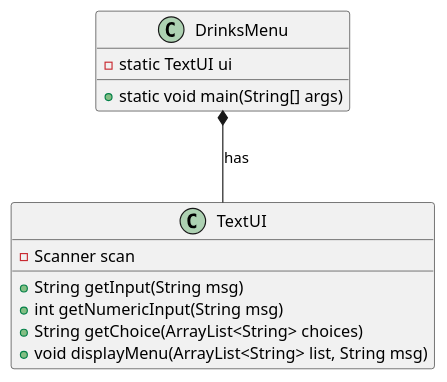
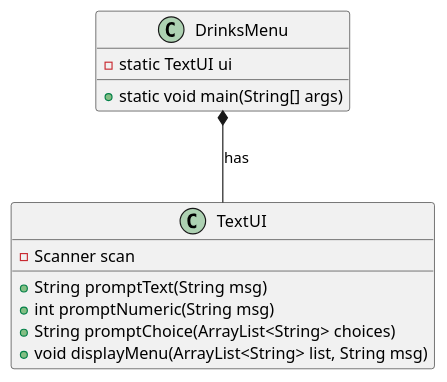
Before and after one commit to Eligoon/DrinksMenu: the diagram in doc/TextUIclassdiagram.puml, drawn with PlantUML. The commit also changed 3 other files, not shown here.

```diff
--- a/doc/TextUIclassdiagram.puml
+++ b/doc/TextUIclassdiagram.puml
@@ -1,20 +1,20 @@
 @startuml
 
 class TextUI {
 - Scanner scan
 ' shows a message and returns the user's input as a String
-+ String getInput(String msg)
++ String promptText(String msg)
 ' shows a message and returns the user's input as an integer
-+ int getNumericInput(String msg)
++ int promptNumeric(String msg)
 ' shows a message, lists the content of a list and returns the user's choice
-+ String getChoice(ArrayList<String> choices)
++ String promptChoice(ArrayList<String> choices)
 ' shows a message and lists the content of a list
 + void displayMenu(ArrayList<String> list, String msg)
 }
 
 class DrinksMenu {
 - static TextUI ui
 + static void main(String[] args)
 }
 DrinksMenu *-- TextUI: has
 @endumluml
```
